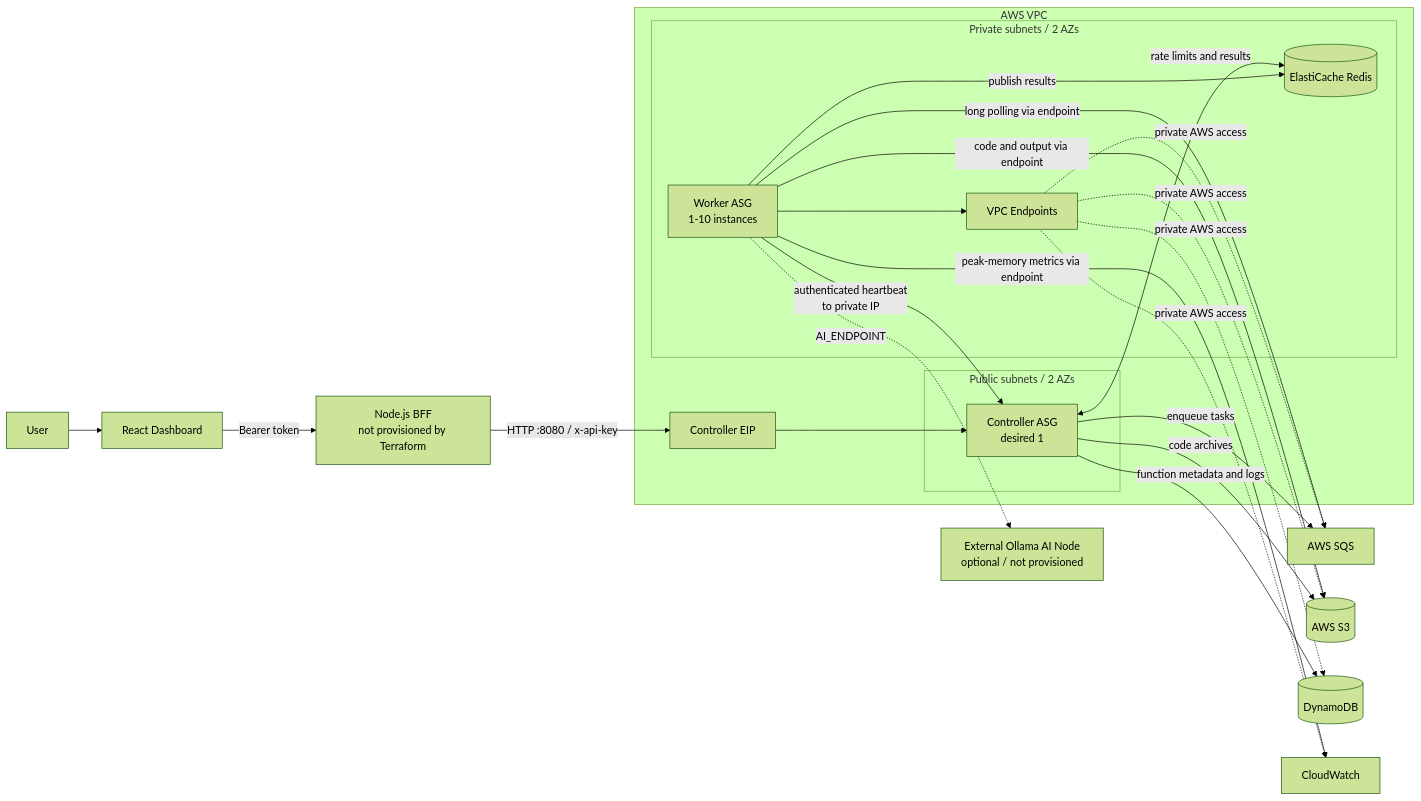
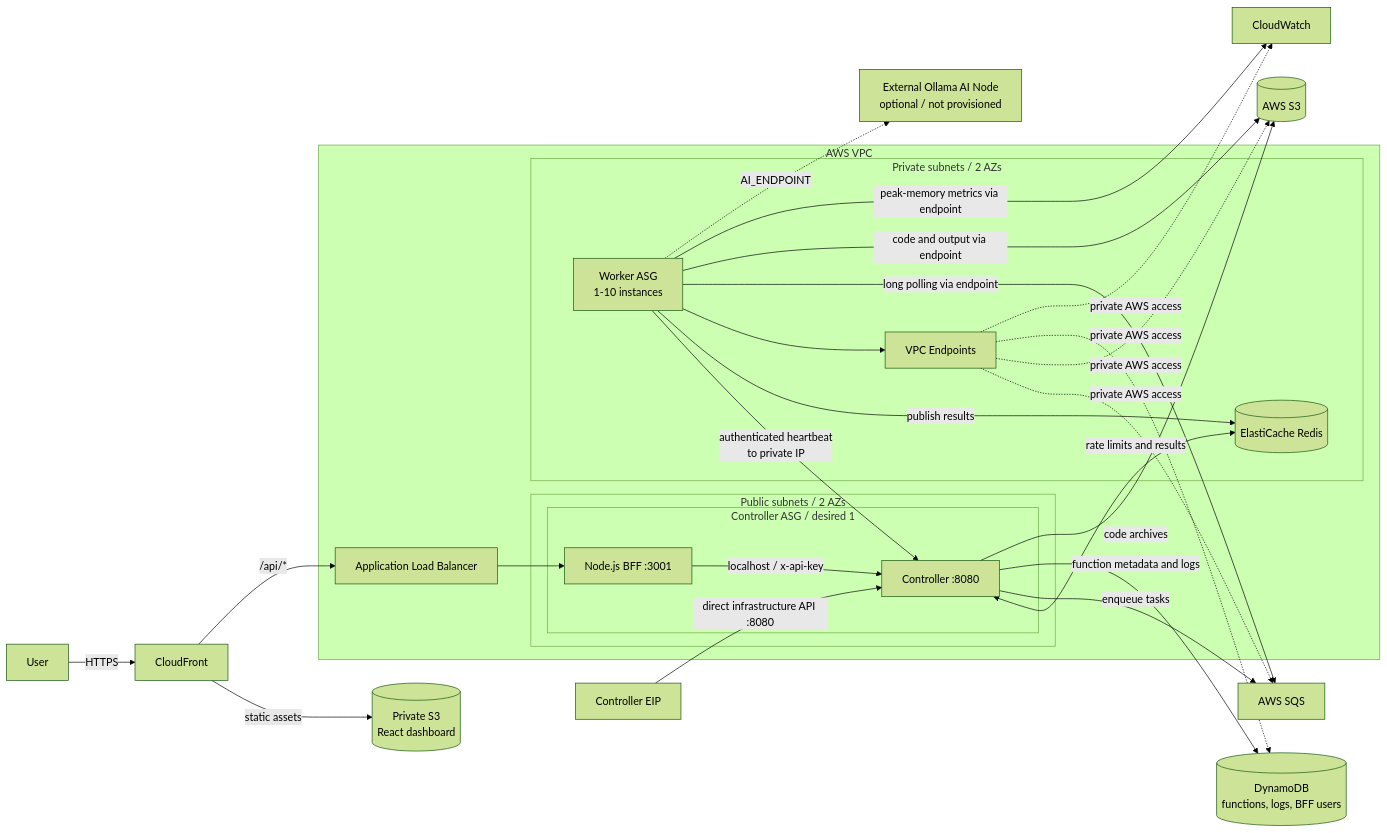
The first of 2 diagrams in README.md (sangmu1126/FaaS-Platform), drawn with Mermaid (forest theme) before and after one commit. The commit also changed other lines of this file and 4 other files, not shown here.

````diff
--- a/README.md
+++ b/README.md
@@ -18,42 +18,47 @@
 ```mermaid
 flowchart LR
-    User[User] --> Web[React Dashboard]
-    Web -->|Bearer token| BFF[Node.js BFF<br/>not provisioned by Terraform]
-    BFF -->|HTTP :8080 / x-api-key| EIP[Controller EIP]
+    User[User] -->|HTTPS| CF[CloudFront]
+    CF -->|static assets| Web[(Private S3<br/>React dashboard)]
+    CF -->|/api/*| ALB[Application Load Balancer]
+    EIP[Controller EIP] -->|direct infrastructure API :8080| Controller
 
     subgraph VPC[AWS VPC]
         subgraph Public[Public subnets / 2 AZs]
-            Controller[Controller ASG<br/>desired 1]
+            subgraph Host[Controller ASG / desired 1]
+                BFF[Node.js BFF :3001]
+                Controller[Controller :8080]
+                BFF -->|localhost / x-api-key| Controller
+            end
         end
 
         subgraph Private[Private subnets / 2 AZs]
             Worker[Worker ASG<br/>1-10 instances]
             Redis[(ElastiCache Redis)]
             Endpoints[VPC Endpoints]
         end
 
-        EIP --> Controller
+        ALB --> BFF
         Worker -->|authenticated heartbeat<br/>to private IP| Controller
         Controller <-->|rate limits and results| Redis
         Worker -->|publish results| Redis
         Worker --> Endpoints
     end
 
     SQS[AWS SQS]
     S3[(AWS S3)]
-    DDB[(DynamoDB)]
+    DDB[(DynamoDB<br/>functions, logs, BFF users)]
     CW[CloudWatch]
     AI[External Ollama AI Node<br/>optional / not provisioned]
 
     Controller -->|enqueue tasks| SQS
     Controller -->|function metadata and logs| DDB
     Controller -->|code archives| S3
     Worker -->|long polling via endpoint| SQS
     Worker -->|code and output via endpoint| S3
     Worker -->|peak-memory metrics via endpoint| CW
     Endpoints -. private AWS access .-> SQS
     Endpoints -. private AWS access .-> S3
     Endpoints -. private AWS access .-> DDB
     Endpoints -. private AWS access .-> CW
     Worker -. AI_ENDPOINT .-> AI
 ```
````
